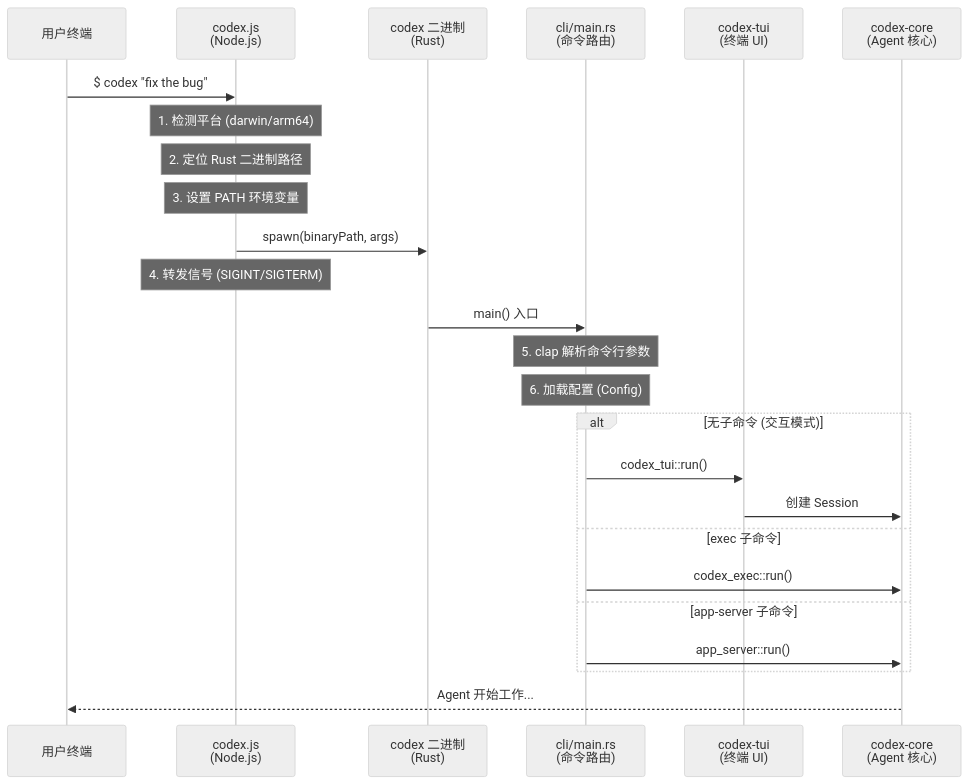
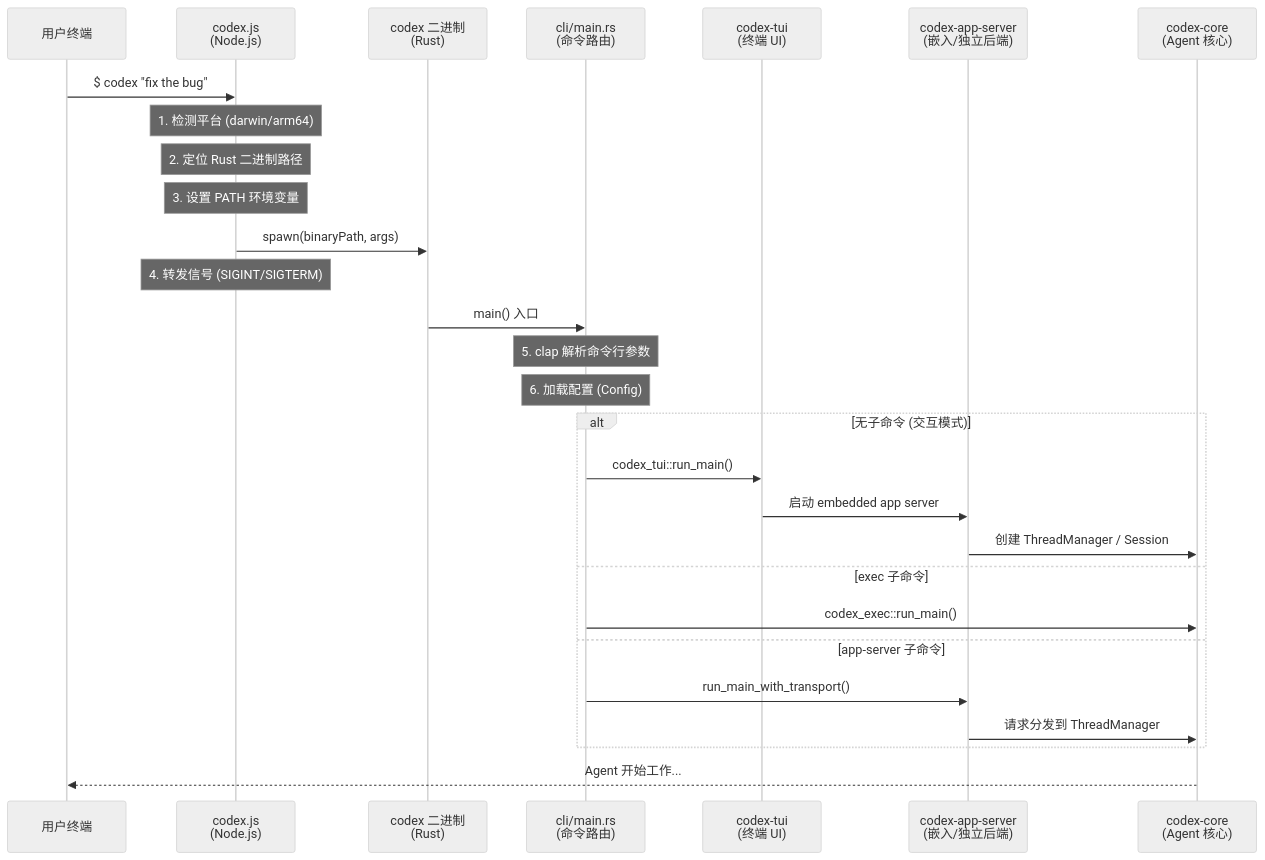
Before and after one commit to yibn2008/learn-codex: the second of 3 diagrams in wiki/00-project-overview.md, drawn with Mermaid (neutral theme). The commit also changed other lines of this file and 1 other file, not shown here.

````diff
--- a/wiki/00-project-overview.md
+++ b/wiki/00-project-overview.md
@@ -146,31 +175,34 @@
 ```mermaid
 sequenceDiagram
     participant User as 用户终端
     participant JS as codex.js<br/>(Node.js)
     participant Rust as codex 二进制<br/>(Rust)
     participant CLI as cli/main.rs<br/>(命令路由)
     participant TUI as codex-tui<br/>(终端 UI)
+    participant App as codex-app-server<br/>(嵌入/独立后端)
     participant Core as codex-core<br/>(Agent 核心)
 
     User->>JS: $ codex "fix the bug"
     Note over JS: 1. 检测平台 (darwin/arm64)
     Note over JS: 2. 定位 Rust 二进制路径
     Note over JS: 3. 设置 PATH 环境变量
     JS->>Rust: spawn(binaryPath, args)
     Note over JS: 4. 转发信号 (SIGINT/SIGTERM)
 
     Rust->>CLI: main() 入口
     Note over CLI: 5. clap 解析命令行参数
     Note over CLI: 6. 加载配置 (Config)
 
     alt 无子命令 (交互模式)
-        CLI->>TUI: codex_tui::run()
-        TUI->>Core: 创建 Session
+        CLI->>TUI: codex_tui::run_main()
+        TUI->>App: 启动 embedded app server
+        App->>Core: 创建 ThreadManager / Session
     else exec 子命令
-        CLI->>Core: codex_exec::run()
+        CLI->>Core: codex_exec::run_main()
     else app-server 子命令
-        CLI->>Core: app_server::run()
+        CLI->>App: run_main_with_transport()
+        App->>Core: 请求分发到 ThreadManager
     end
 
     Core-->>User: Agent 开始工作...
 ```
````
